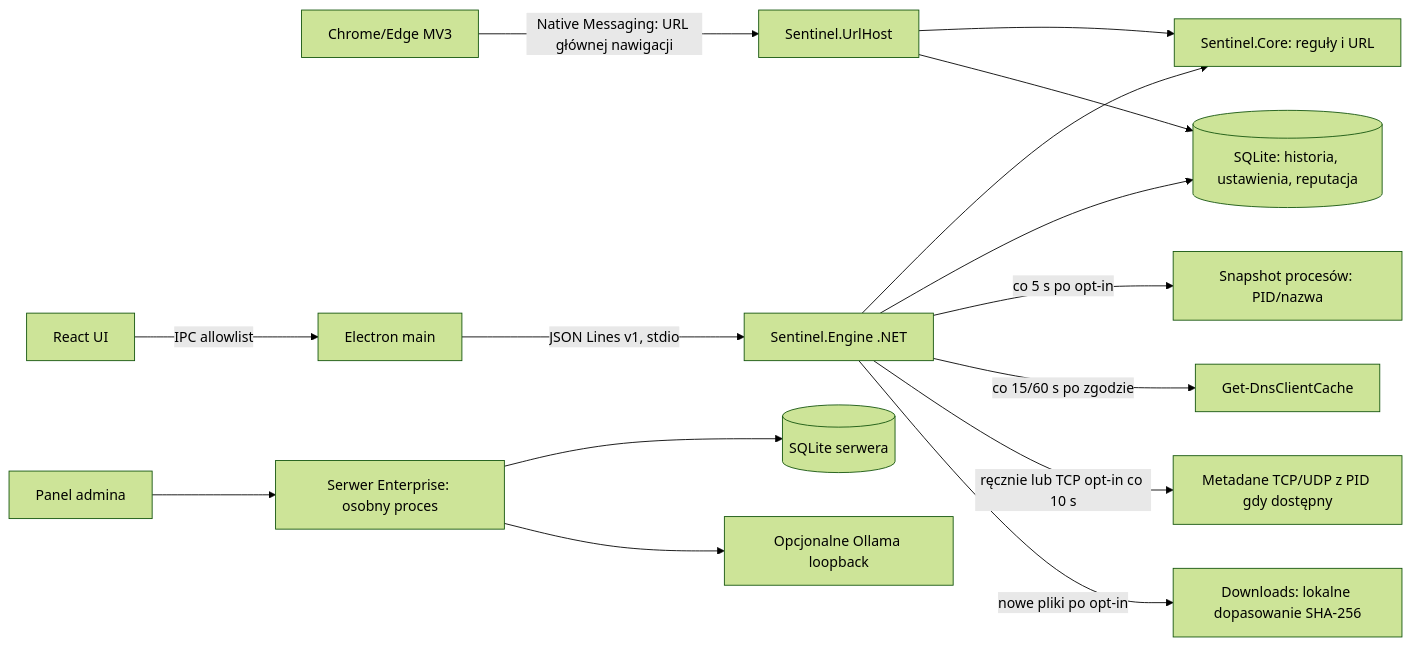
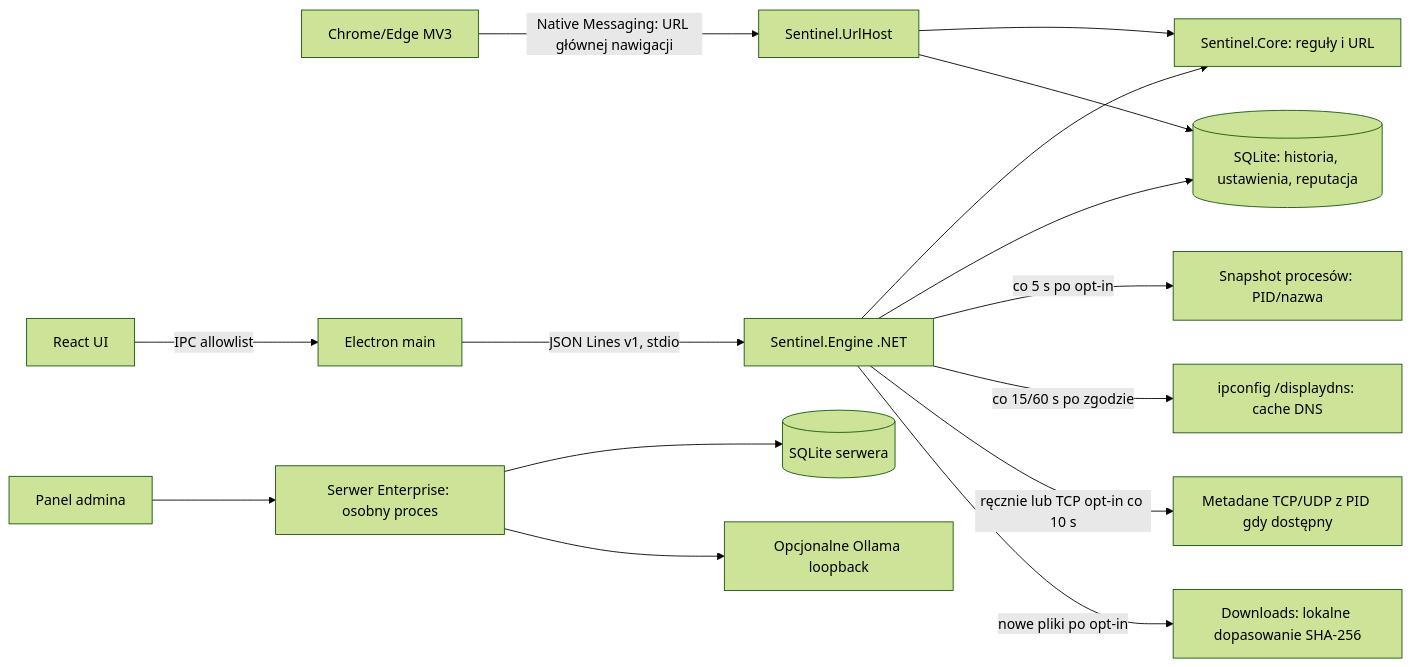
Before and after one commit to Matyyyy68/asystent: the diagram in docs/IMPLEMENTATION_GAP_ANALYSIS.md, drawn with Mermaid (forest theme). The commit also changed other lines of this file and 2 other files, not shown here.

````diff
--- a/docs/IMPLEMENTATION_GAP_ANALYSIS.md
+++ b/docs/IMPLEMENTATION_GAP_ANALYSIS.md
@@ -12,17 +12,17 @@
 ```mermaid
 flowchart LR
   B[Chrome/Edge MV3] -->|Native Messaging: URL głównej nawigacji| H[Sentinel.UrlHost]
   UI[React UI] -->|IPC allowlist| E[Electron main]
   E -->|JSON Lines v1, stdio| P[Sentinel.Engine .NET]
   P --> C[Sentinel.Core: reguły i URL]
   P --> DB[(SQLite: historia, ustawienia, reputacja)]
   P -->|co 5 s po opt-in| PROC[Snapshot procesów: PID/nazwa]
-  P -->|co 15/60 s po zgodzie| DNS[Get-DnsClientCache]
+  P -->|co 15/60 s po zgodzie| DNS[ipconfig /displaydns: cache DNS]
   P -->|ręcznie lub TCP opt-in co 10 s| TCP[Metadane TCP/UDP z PID gdy dostępny]
   P -->|nowe pliki po opt-in| FILE[Downloads: lokalne dopasowanie SHA-256]
   H --> C
   H --> DB
   SUI[Panel admina] --> API[Serwer Enterprise: osobny proces]
   API --> SDB[(SQLite serwera)]
   API --> AI[Opcjonalne Ollama loopback]
 ```
````
